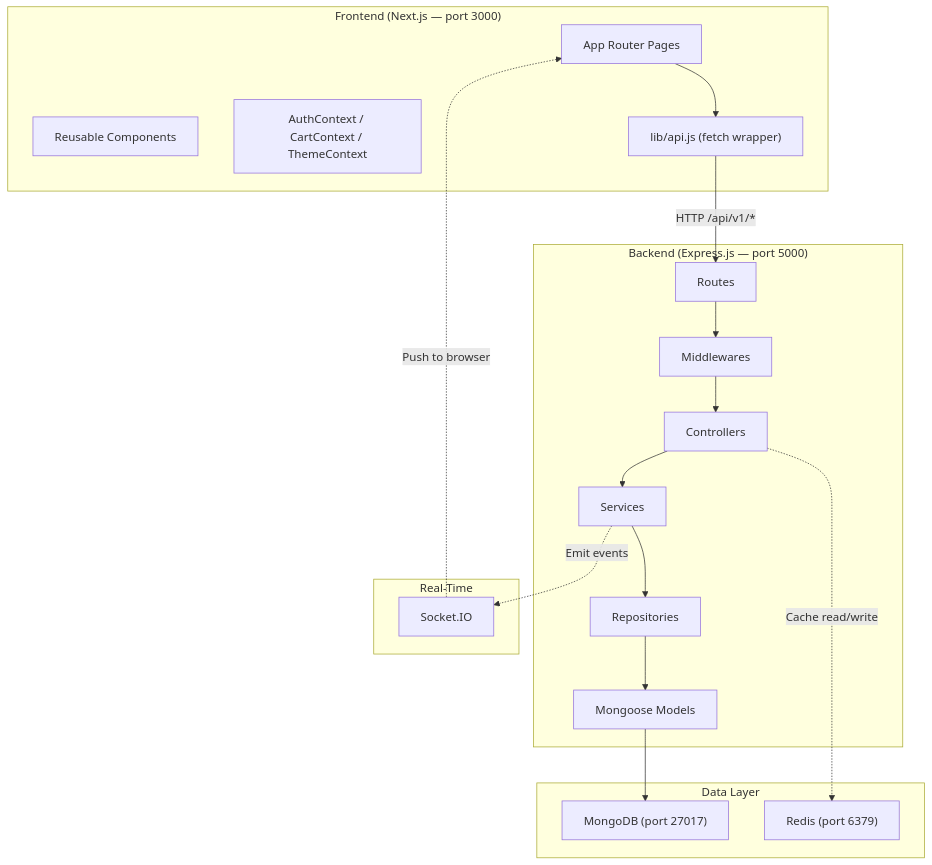
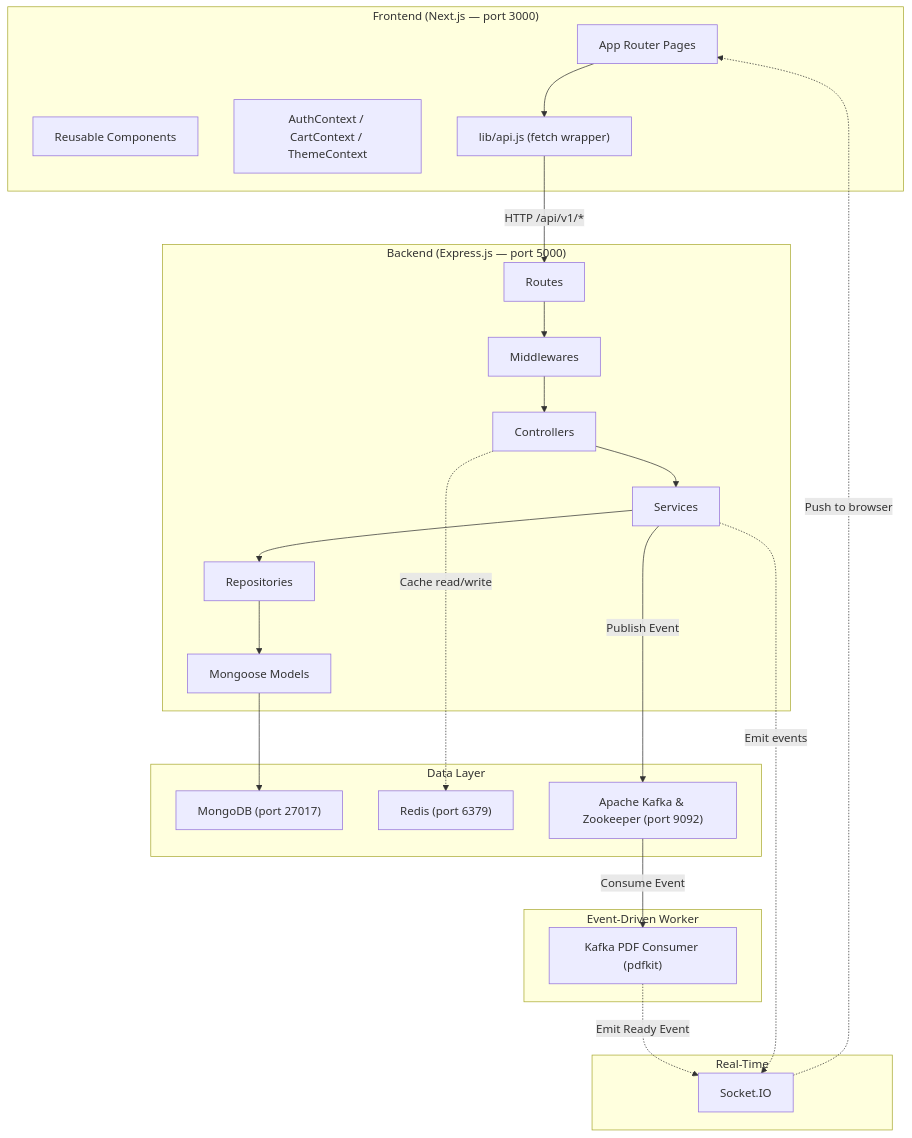
Before and after one commit to mhaseebhassan/tek-web-ecom: the diagram in WALKTHROUGH.md, drawn with Mermaid. The commit also changed other lines of this file, not shown here.

Commit message:
docs: add Kafka Event-Driven Architecture to walkthrough documentation

````diff
--- a/WALKTHROUGH.md
+++ b/WALKTHROUGH.md
@@ -11,34 +11,42 @@
 ```mermaid
 graph TB
     subgraph Frontend["Frontend (Next.js — port 3000)"]
         Pages["App Router Pages"]
         Components["Reusable Components"]
         Contexts["AuthContext / CartContext / ThemeContext"]
         API["lib/api.js (fetch wrapper)"]
     end
 
     subgraph Backend["Backend (Express.js — port 5000)"]
         Routes["Routes"]
         Middleware["Middlewares"]
         Controllers["Controllers"]
         Services["Services"]
         Repos["Repositories"]
         Models["Mongoose Models"]
     end
 
+    subgraph Background["Event-Driven Worker"]
+        KafkaWorker["Kafka PDF Consumer (pdfkit)"]
+    end
+
     subgraph Data["Data Layer"]
         MongoDB["MongoDB (port 27017)"]
         Redis["Redis (port 6379)"]
+        Kafka["Apache Kafka & Zookeeper (port 9092)"]
     end
 
     subgraph Realtime["Real-Time"]
         SocketIO["Socket.IO"]
     end
 
     Pages --> API
     API -->|HTTP /api/v1/*| Routes
     Routes --> Middleware --> Controllers --> Services --> Repos --> Models --> MongoDB
     Controllers -.->|Cache read/write| Redis
+    Services -->|Publish Event| Kafka
+    Kafka -->|Consume Event| KafkaWorker
+    KafkaWorker -.->|Emit Ready Event| SocketIO
     Services -.->|Emit events| SocketIO
     SocketIO -.->|Push to browser| Pages
 ```
````
